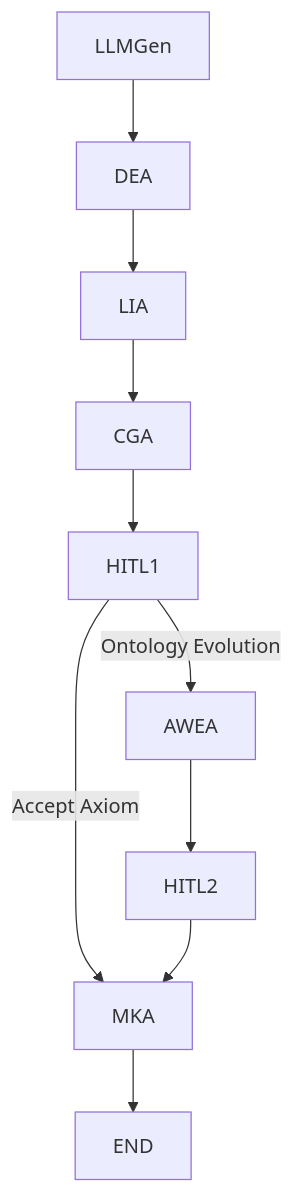
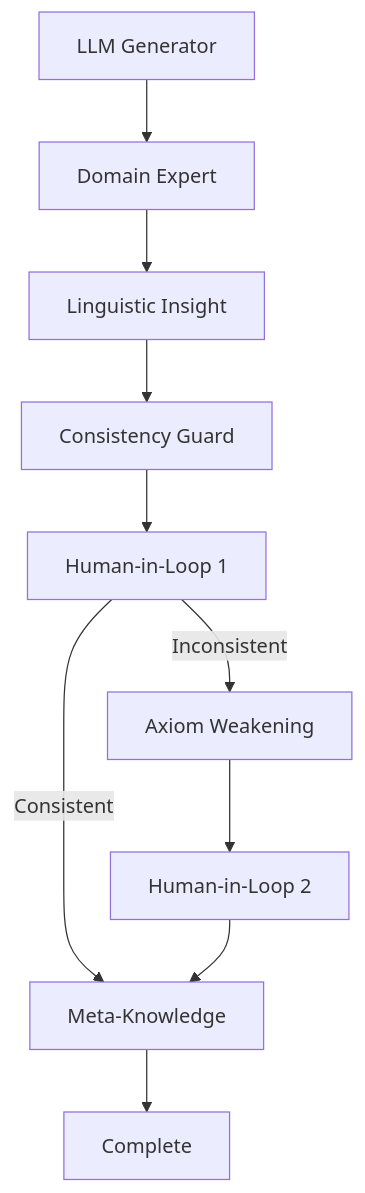
Before and after one commit to ruslanmv/Agent-driven-Ontology-Repair-and-Evolution: the diagram in README.md, drawn with Mermaid. The commit also changed other lines of this file and 39 other files, not shown here.

````diff
--- a/README.md
+++ b/README.md
@@ -62,12 +226,12 @@
 ```mermaid
 graph TD
-    LLMGen --> DEA
-    DEA --> LIA
-    LIA --> CGA
-    CGA --> HITL1
-    HITL1 -- Ontology Evolution --> AWEA
-    HITL1 -- Accept Axiom --> MKA
-    AWEA --> HITL2
+    LLMGen[LLM Generator] --> DEA[Domain Expert]
+    DEA --> LIA[Linguistic Insight]
+    LIA --> CGA[Consistency Guard]
+    CGA --> HITL1[Human-in-Loop 1]
+    HITL1 -->|Inconsistent| AWEA[Axiom Weakening]
+    HITL1 -->|Consistent| MKA[Meta-Knowledge]
+    AWEA --> HITL2[Human-in-Loop 2]
     HITL2 --> MKA
-    MKA --> END
+    MKA --> END[Complete]
 ```
````
